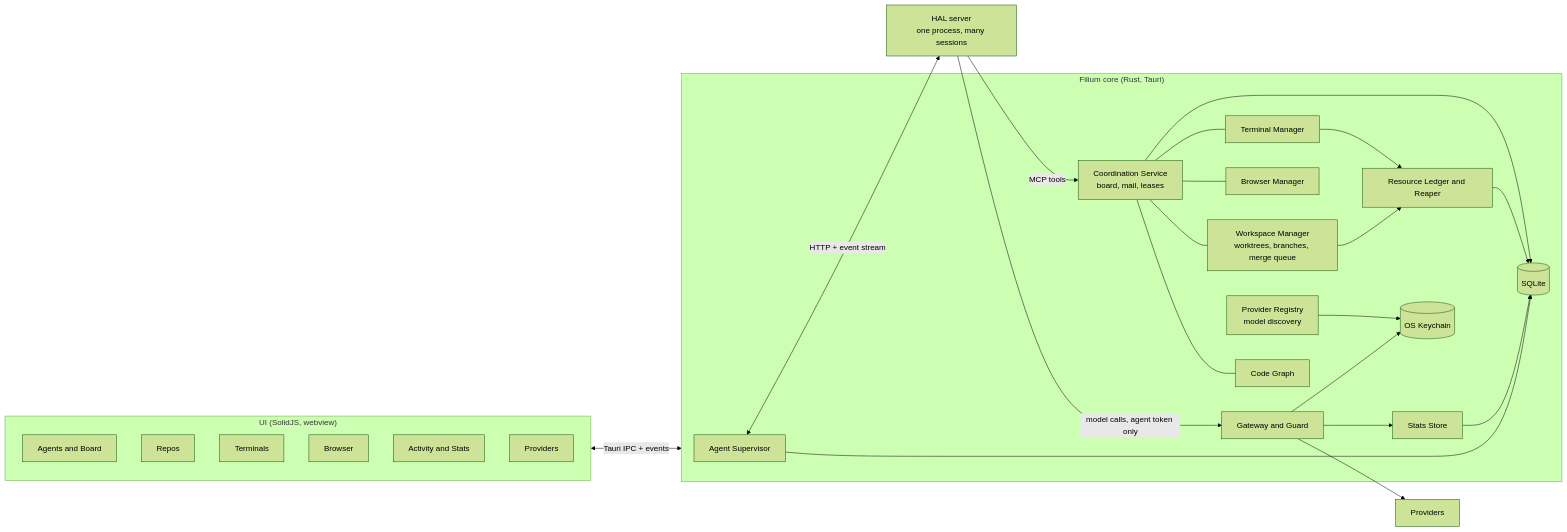
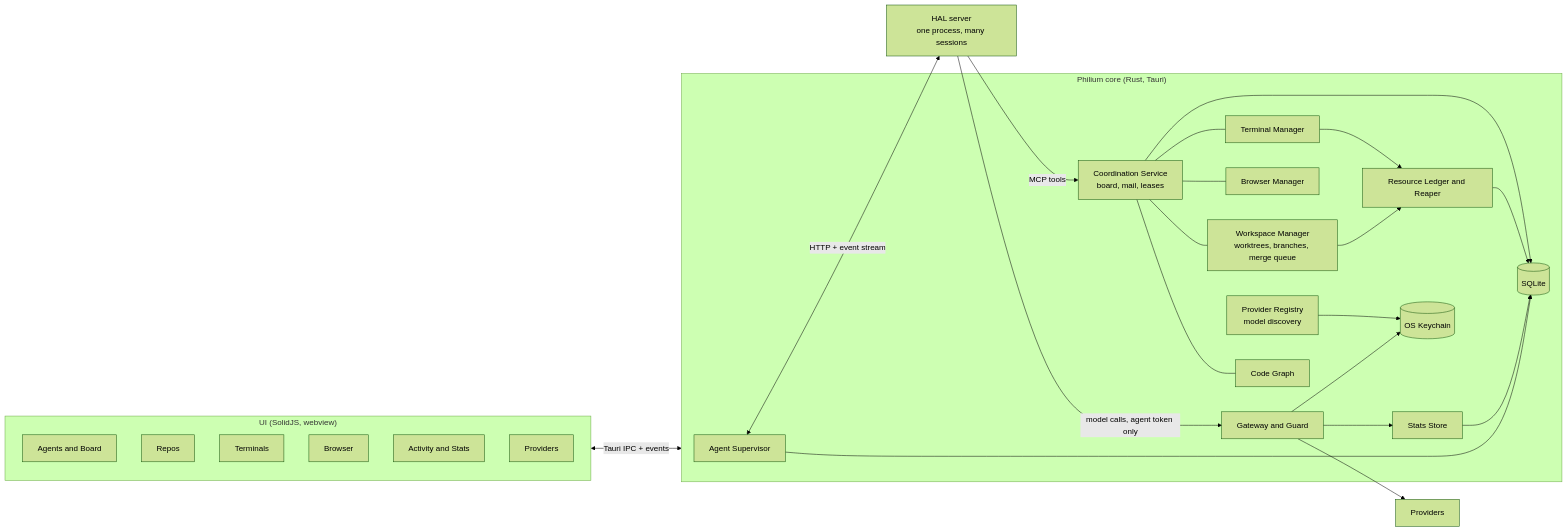
One commit to fimgu/philium changed the first of 8 diagrams in docs/SPEC.md. Above: the diagram before and after it, drawn with Mermaid (forest theme). The commit also changed other lines of this file, not shown here.

Commit message:
docs(spec): rename to Philium, add teardown policy and self-improvement

````diff
--- a/docs/SPEC.md
+++ b/docs/SPEC.md
@@ -60,48 +61,48 @@
 ```mermaid
 flowchart LR
   subgraph UI["UI (SolidJS, webview)"]
     V1[Agents and Board]
     V2[Repos]
     V3[Terminals]
     V4[Browser]
     V5[Activity and Stats]
     V6[Providers]
   end
 
-  subgraph CORE["Filium core (Rust, Tauri)"]
+  subgraph CORE["Philium core (Rust, Tauri)"]
     SUP[Agent Supervisor]
     COORD[Coordination Service<br/>board, mail, leases]
     WS[Workspace Manager<br/>worktrees, branches, merge queue]
     LED[Resource Ledger and Reaper]
     PTY[Terminal Manager]
     BRW[Browser Manager]
     GW[Gateway and Guard]
     PRV[Provider Registry<br/>model discovery]
     STATS[Stats Store]
     GRAPH[Code Graph]
     DB[(SQLite)]
     KC[(OS Keychain)]
   end
 
   HAL[HAL server<br/>one process, many sessions]
   P1[Providers]
 
   UI <-->|Tauri IPC + events| CORE
   SUP <-->|HTTP + event stream| HAL
   HAL -->|model calls, agent token only| GW
   GW --> P1
   HAL -->|MCP tools| COORD
   COORD --- PTY
   COORD --- BRW
   COORD --- GRAPH
   COORD --- WS
   PTY --> LED
   WS --> LED
   GW --> STATS
   PRV --> KC
   GW --> KC
   COORD --> DB
   LED --> DB
   STATS --> DB
   SUP --> DB
 ```
````
